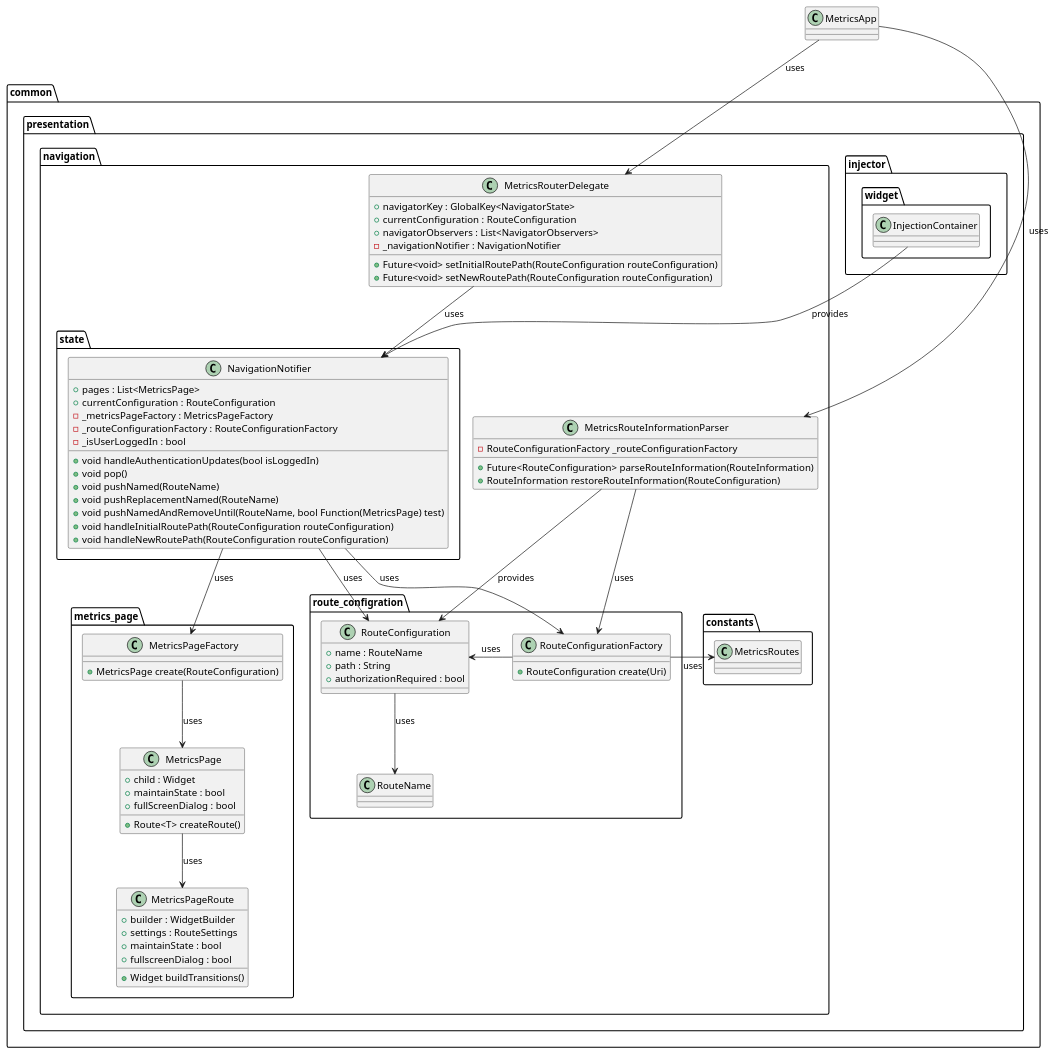
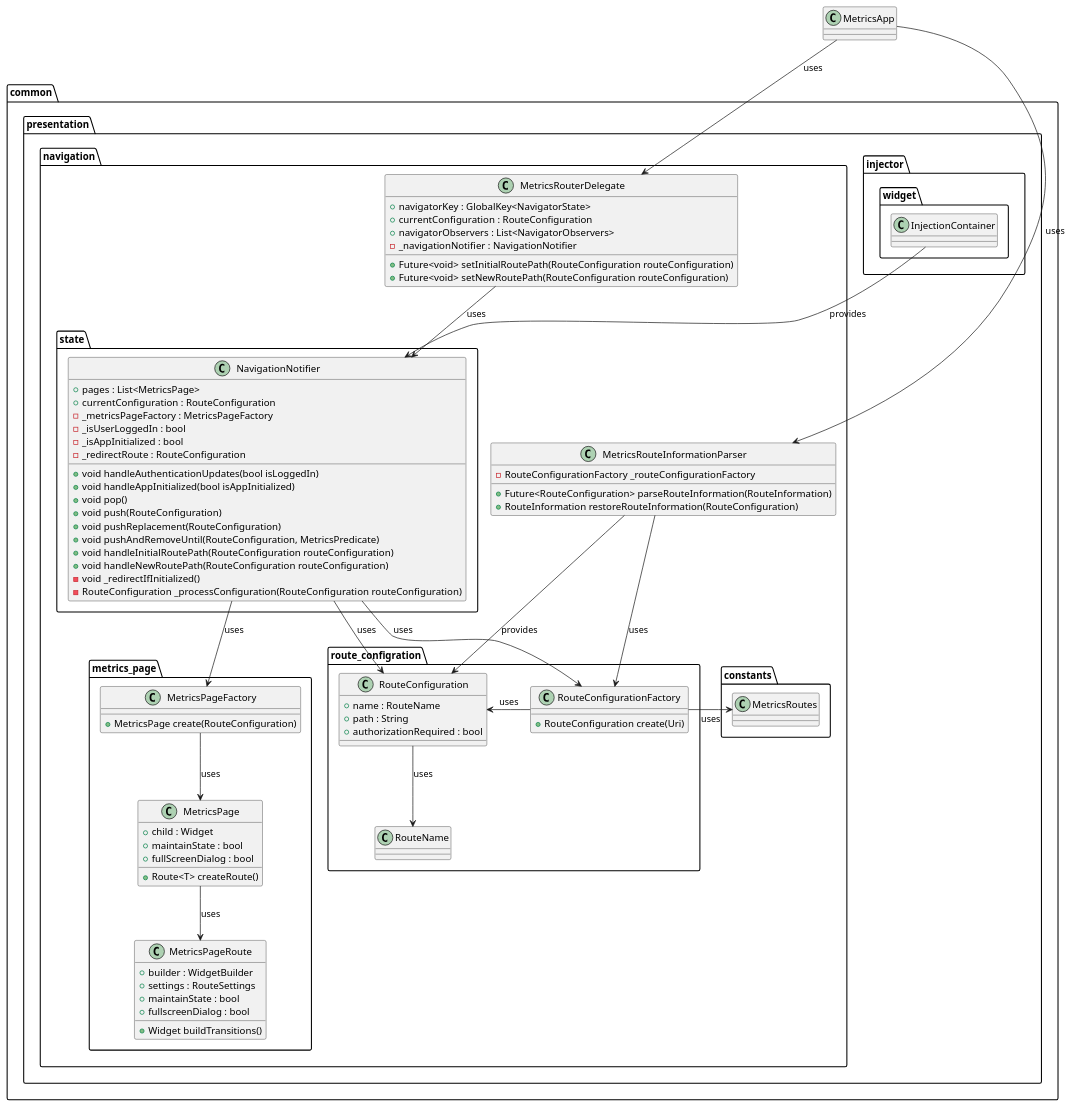
The diagram in metrics/web/docs/features/navigation/diagrams/navigation_class_diagram.puml (Flank/flank-dashboard), drawn with PlantUML before and after one commit. The commit also changed 3 other files, not shown here.

Commit message:
Add not initialized app navigation strategy

```diff
--- a/metrics/web/docs/features/navigation/diagrams/navigation_class_diagram.puml
+++ b/metrics/web/docs/features/navigation/diagrams/navigation_class_diagram.puml
@@ -1,110 +1,114 @@
 @startuml navigation_class_diagram
 
 class MetricsApp {}
 
 package common.presentation {
 
     package injector.widget {
         class InjectionContainer {}
     }
 
     package navigation {
 
         package route_configration {
             class RouteName {
             }
 
             class RouteConfiguration {
                 + name : RouteName
                 + path : String
                 + authorizationRequired : bool
             }
 
             class RouteConfigurationFactory {
                 + RouteConfiguration create(Uri)
             }
         }
         class MetricsRouteInformationParser {
             - RouteConfigurationFactory _routeConfigurationFactory
             + Future<RouteConfiguration> parseRouteInformation(RouteInformation)
             + RouteInformation restoreRouteInformation(RouteConfiguration)
         }
         class MetricsRouterDelegate {
             + navigatorKey : GlobalKey<NavigatorState>
             + currentConfiguration : RouteConfiguration
             + navigatorObservers : List<NavigatorObservers>
             - _navigationNotifier : NavigationNotifier
             + Future<void> setInitialRoutePath(RouteConfiguration routeConfiguration)
             + Future<void> setNewRoutePath(RouteConfiguration routeConfiguration)
         }
 
         package constants {
             class MetricsRoutes {}
         }
 
         package state {
             class NavigationNotifier {
                 + pages : List<MetricsPage>
                 + currentConfiguration : RouteConfiguration
                 - _metricsPageFactory : MetricsPageFactory
-                - _routeConfigurationFactory : RouteConfigurationFactory
                 - _isUserLoggedIn : bool
+                - _isAppInitialized : bool
+                - _redirectRoute : RouteConfiguration
                 + void handleAuthenticationUpdates(bool isLoggedIn)
+                + void handleAppInitialized(bool isAppInitialized)
                 + void pop()
-                + void pushNamed(RouteName)
-                + void pushReplacementNamed(RouteName)
-                + void pushNamedAndRemoveUntil(RouteName, bool Function(MetricsPage) test)
+                + void push(RouteConfiguration)
+                + void pushReplacement(RouteConfiguration)
+                + void pushAndRemoveUntil(RouteConfiguration, MetricsPredicate)
                 + void handleInitialRoutePath(RouteConfiguration routeConfiguration)
                 + void handleNewRoutePath(RouteConfiguration routeConfiguration)
+                - void _redirectIfInitialized()
+                - RouteConfiguration _processConfiguration(RouteConfiguration routeConfiguration)
             }
         }
 
 
         package metrics_page {
             class MetricsPageFactory {
                 + MetricsPage create(RouteConfiguration)
             }
 
             class MetricsPage {
                 + child : Widget
                 + maintainState : bool
                 + fullScreenDialog : bool
                 + Route<T> createRoute()
             }
 
             class MetricsPageRoute {
                 + builder : WidgetBuilder
                 + settings : RouteSettings
                 + maintainState : bool
                 + fullscreenDialog : bool
                 + Widget buildTransitions()
             }
         }
 
     }
 }
 
 InjectionContainer --> NavigationNotifier : provides
 
 MetricsApp --> MetricsRouteInformationParser :uses
 MetricsApp --> MetricsRouterDelegate : uses
 
 MetricsRouteInformationParser --> RouteConfiguration : provides
 MetricsRouteInformationParser --> RouteConfigurationFactory : uses
 
 RouteConfiguration --> RouteName : uses
 
 RouteConfigurationFactory -> RouteConfiguration : uses
 RouteConfigurationFactory -> MetricsRoutes : uses
 
 MetricsRouterDelegate --> NavigationNotifier : uses
 
 NavigationNotifier --> RouteConfigurationFactory : uses
 NavigationNotifier --> RouteConfiguration : uses
 NavigationNotifier --> MetricsPageFactory : uses
 
 MetricsPageFactory --> MetricsPage : uses
 
 MetricsPage --> MetricsPageRoute : uses
 
 @enduml
```
